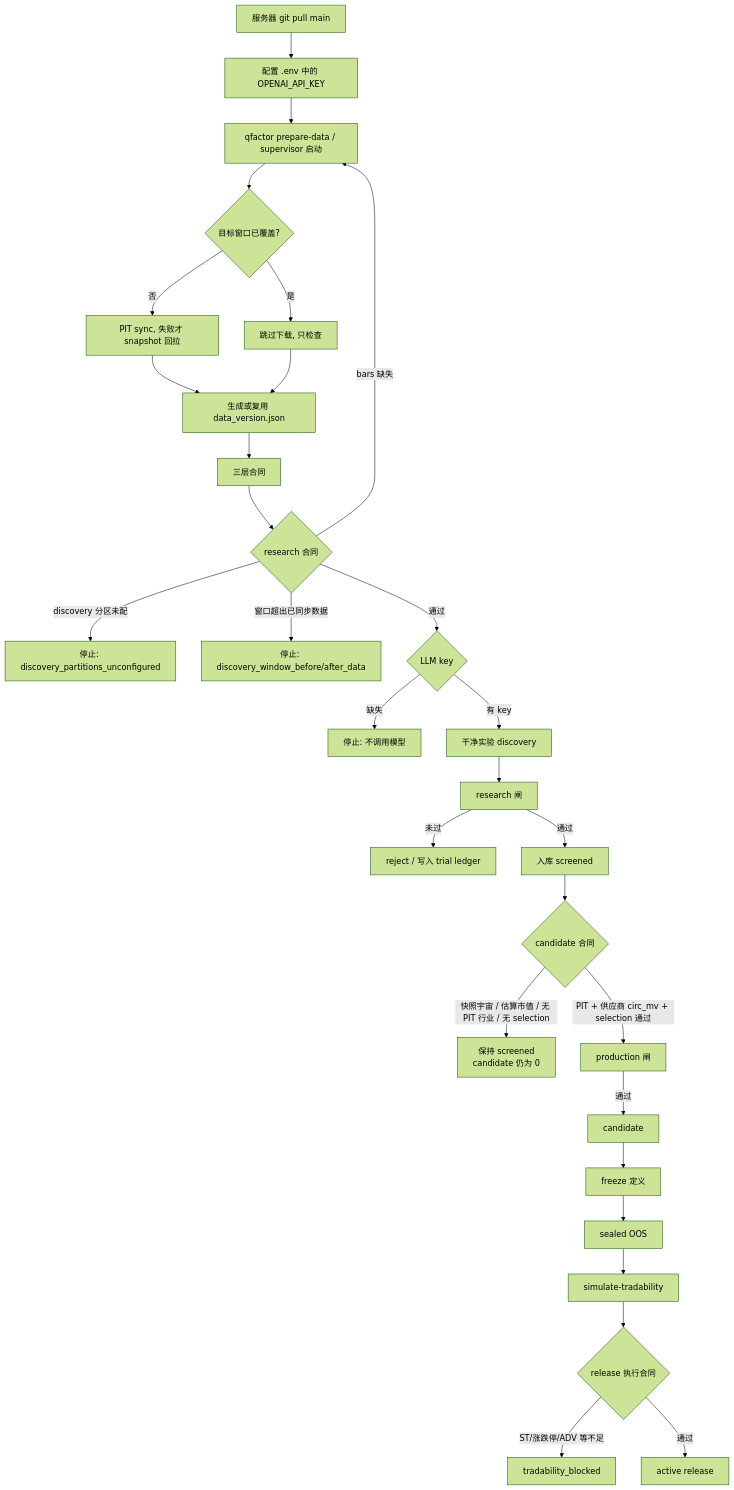
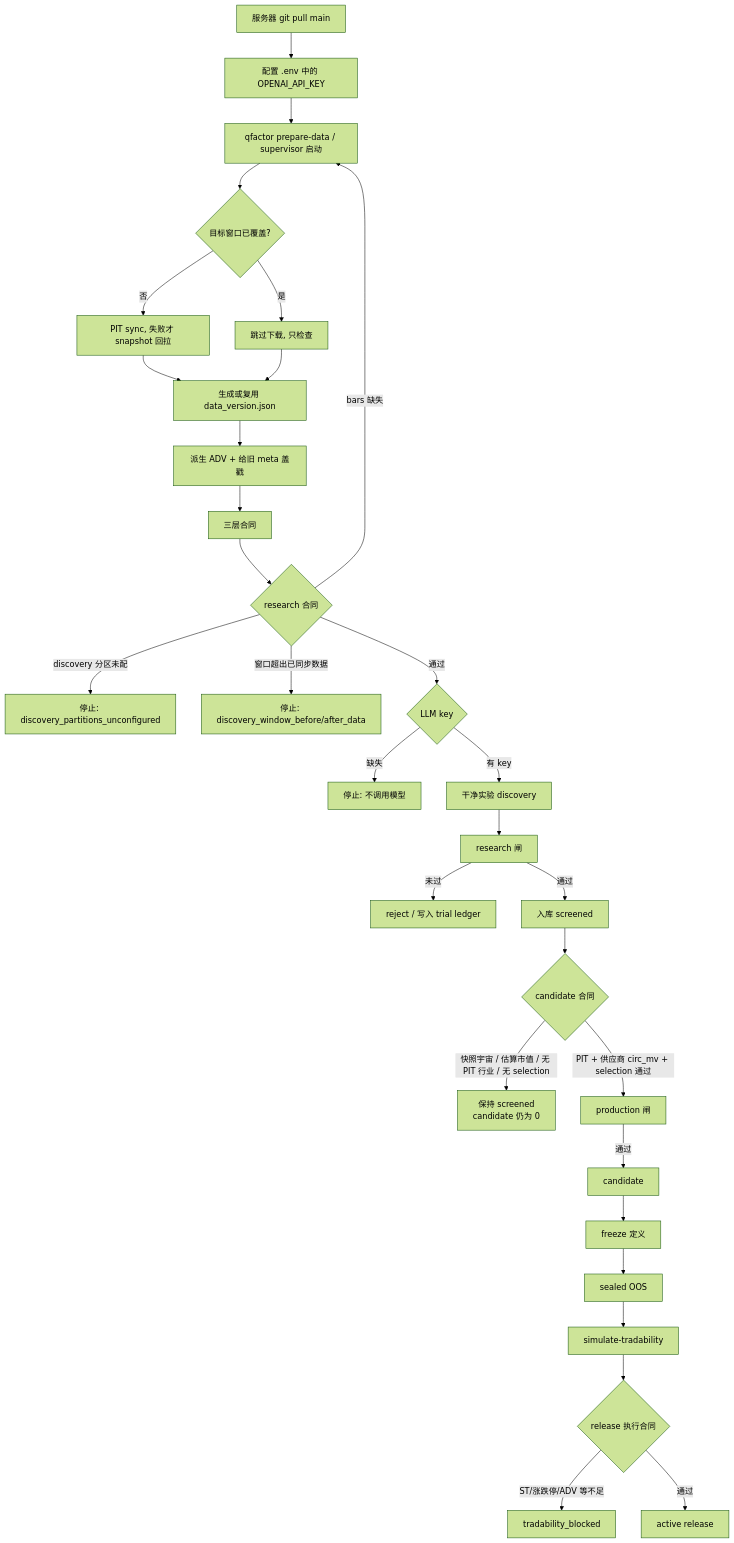
One commit to CnOxx1/EvoQuantFactor changed the first of 5 diagrams in docs/factor_production_flow.md. Above: the diagram before and after it, drawn with Mermaid (forest theme). The commit also changed other lines of this file and 9 other files, not shown here.

````diff
--- a/docs/factor_production_flow.md
+++ b/docs/factor_production_flow.md
@@ -7,31 +7,32 @@
 ```mermaid
 flowchart TD
     A[服务器 git pull main] --> B[配置 .env 中的 OPENAI_API_KEY]
     B --> C["qfactor prepare-data / supervisor 启动"]
     C --> C1{目标窗口已覆盖?}
     C1 -->|否| C2[PIT sync, 失败才 snapshot 回拉]
     C1 -->|是| C3[跳过下载, 只检查]
     C2 --> D[生成或复用 data_version.json]
     C3 --> D
-    D --> E[三层合同]
+    D --> D1[派生 ADV + 给旧 meta 盖戳]
+    D1 --> E[三层合同]
     E --> F{research 合同}
     F -->|bars 缺失| C
     F -->|discovery 分区未配| G[停止: discovery_partitions_unconfigured]
     F -->|窗口超出已同步数据| H[停止: discovery_window_before/after_data]
     F -->|通过| I{LLM key}
     I -->|缺失| J[停止: 不调用模型]
     I -->|有 key| K[干净实验 discovery]
     K --> L[research 闸]
     L -->|未过| M[reject / 写入 trial ledger]
     L -->|通过| N[入库 screened]
     N --> O{candidate 合同}
     O -->|快照宇宙 / 估算市值 / 无 PIT 行业 / 无 selection| P[保持 screened<br/>candidate 仍为 0]
     O -->|PIT + 供应商 circ_mv + selection 通过| Q[production 闸]
     Q -->|通过| R[candidate]
     R --> S[freeze 定义]
     S --> T[sealed OOS]
     T --> U[simulate-tradability]
     U --> V{release 执行合同}
     V -->|ST/涨跌停/ADV 等不足| W[tradability_blocked]
     V -->|通过| X[active release]
 ```
````
